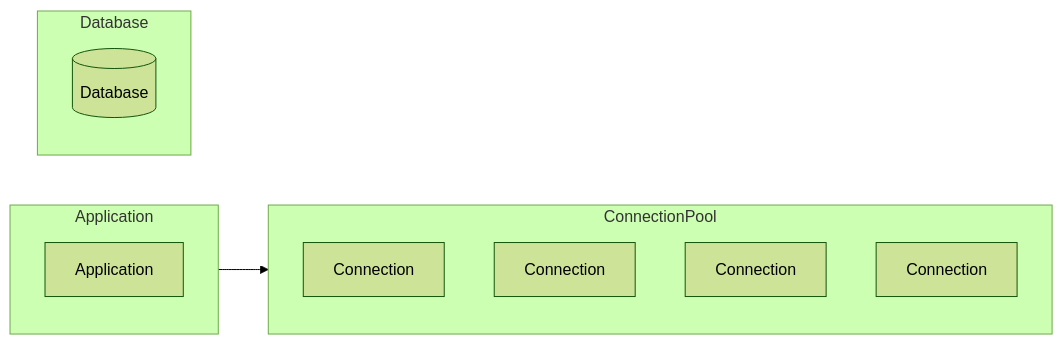
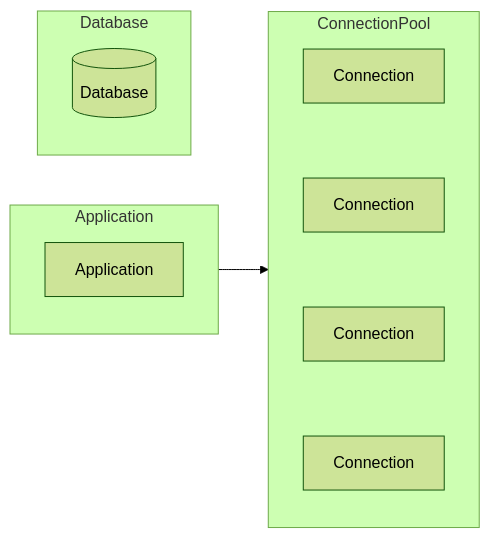
The diagram in application/db/connection_pool.md (benggri/study), drawn with Mermaid (forest theme) before and after one commit.

````diff
--- a/application/db/connection_pool.md
+++ b/application/db/connection_pool.md
@@ -3,17 +3,20 @@
 ```mermaid
 flowchart LR
   subgraph Application
     APP[Application]
   end
   subgraph ConnectionPool
     direction TB
     C1[Connection]
     C2[Connection]
     C3[Connection]
     C4[Connection]
+    C1 ~~~ C2
+    C2 ~~~ C3
+    C3 ~~~ C4
   end
   subgraph Database
     DB[(Database)]
   end
   Application --> ConnectionPool
 ```
````
